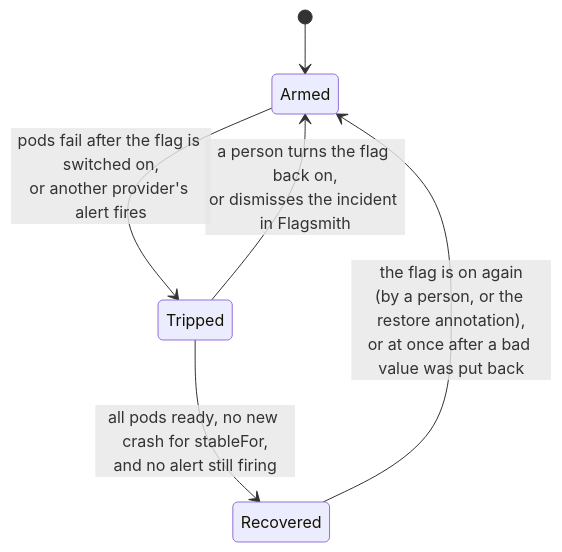
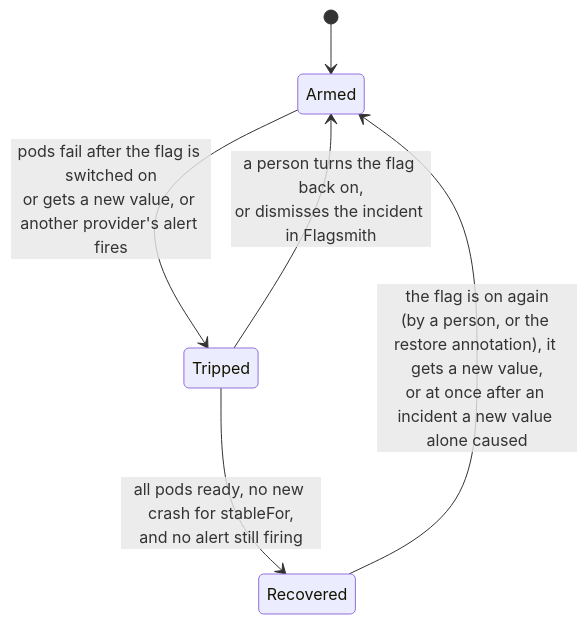
The second of 2 diagrams in docs/design.md (Pradyuman-aviator/flagbreaker), drawn with Mermaid before and after one commit. The commit also changed other lines of this file and 2 other files, not shown here.

Commit message:
docs: describe incidents with both a switch-on and a new value

````diff
--- a/docs/design.md
+++ b/docs/design.md
@@ -63,8 +63,8 @@
 ```mermaid
 stateDiagram-v2
   [*] --> Armed
-  Armed --> Tripped: pods fail after the flag is switched on,<br/>or another provider's alert fires
+  Armed --> Tripped: pods fail after the flag is switched on<br/>or gets a new value, or another provider's alert fires
   Tripped --> Recovered: all pods ready, no new crash for stableFor,<br/>and no alert still firing
   Tripped --> Armed: a person turns the flag back on,<br/>or dismisses the incident in Flagsmith
-  Recovered --> Armed: the flag is on again<br/>(by a person, or the restore annotation),<br/>or at once after a bad value was put back
+  Recovered --> Armed: the flag is on again<br/>(by a person, or the restore annotation), it gets a new value,<br/>or at once after an incident a new value alone caused
 ```
````
